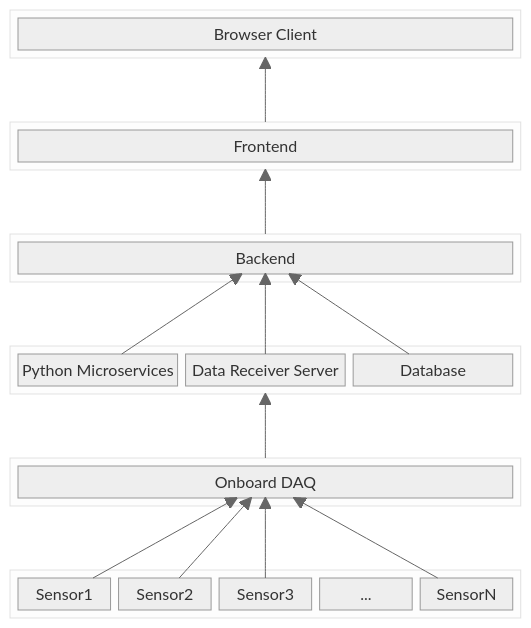
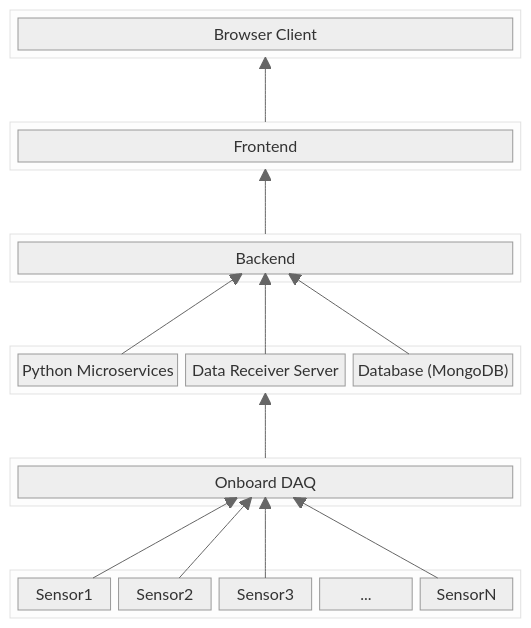
One commit to Georgia-Tech-Off-Road/DAQAnalyticsWebsiteMK2 changed the diagram in Design Documents/diagrams/tech-stack.mmd. Above: the diagram before and after it, drawn with Mermaid (neutral theme). The commit also changed 3 other files, not shown here.

```diff
--- a/Design Documents/diagrams/tech-stack.mmd
+++ b/Design Documents/diagrams/tech-stack.mmd
@@ -1,51 +1,51 @@
 block-beta
 columns 1
     block:L0
         Client["Browser Client"]
     end
     space
 
     block:L1
         Frontend
     end
     space
 
     block:L2
         Backend
     end
     space
 
     block:L3
         Microservices["Python Microservices"]
         DataReceiver["Data Receiver Server"]
-        Database
+        Database["Database (MongoDB)"]
     end
     space
 
     block:L4
         DAQ["Onboard DAQ"]
     end
     space
 
     block:L5
         Sensor1
         Sensor2
         Sensor3
         ...
         SensorN
 
 Sensor1 --> DAQ
 Sensor2 --> DAQ
 Sensor3 --> DAQ
 SensorN --> DAQ
 
 L4 --> L3
 
 Microservices --> Backend
 DataReceiver --> Backend
 Database --> Backend
 
 
 L2 --> L1
 L1 --> L0
 end
```
